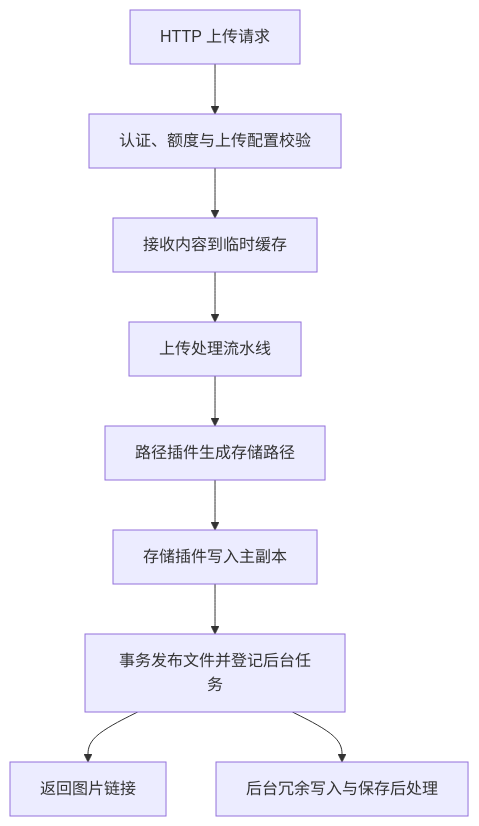
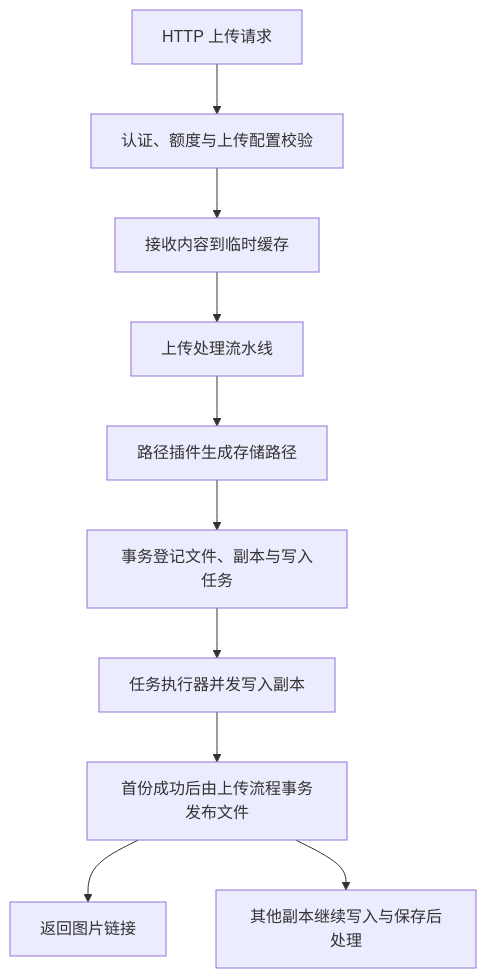
Before and after one commit to llleixx/picloom: the second of 3 diagrams in docs/development/architecture.md, drawn with Mermaid. The commit also changed other lines of this file and 55 other files, not shown here.

````diff
--- a/docs/development/architecture.md
+++ b/docs/development/architecture.md
@@ -33,11 +33,12 @@
 ```mermaid
 flowchart TD
   request[HTTP 上传请求] --> intake[认证、额度与上传配置校验]
   intake --> temporary[接收内容到临时缓存]
   temporary --> processing[上传处理流水线]
   processing --> path[路径插件生成存储路径]
-  path --> write[存储插件写入主副本]
-  write --> publish[事务发布文件并登记后台任务]
+  path --> register[事务登记文件、副本与写入任务]
+  register --> write[任务执行器并发写入副本]
+  write --> publish[首份成功后由上传流程事务发布文件]
   publish --> response[返回图片链接]
-  publish --> tasks[后台冗余写入与保存后处理]
+  publish --> tasks[其他副本继续写入与保存后处理]
 ```
````
